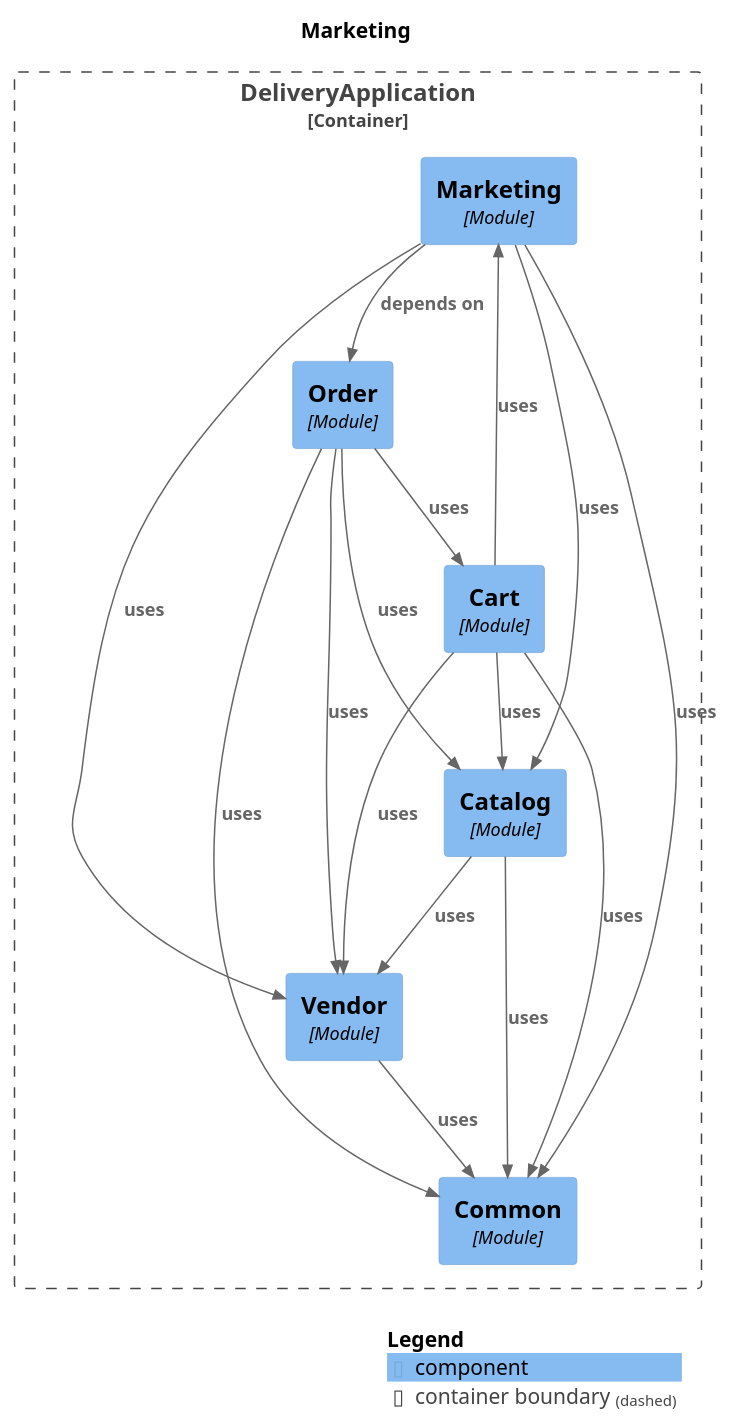
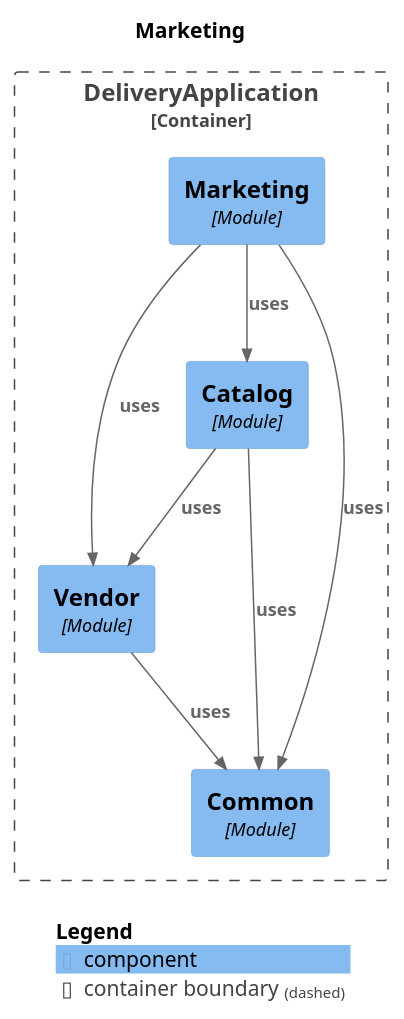
Before and after one commit to fxavier/pede-aqui: the diagram in docs/architecture/modules/module-marketing.puml, drawn with PlantUML. The commit also changed 22 other files, not shown here.

```diff
--- a/docs/architecture/modules/module-marketing.puml
+++ b/docs/architecture/modules/module-marketing.puml
@@ -1,37 +1,26 @@
 @startuml
 set separator none
 title Marketing
 
 top to bottom direction
 
 !include <C4/C4>
 !include <C4/C4_Context>
 !include <C4/C4_Component>
 
 Container_Boundary("DeliveryApplication.DeliveryApplication_boundary", "DeliveryApplication", $tags="") {
   Component(DeliveryApplication.DeliveryApplication.Marketing, "Marketing", $techn="Module", $descr="", $tags="", $link="")
-  Component(DeliveryApplication.DeliveryApplication.Order, "Order", $techn="Module", $descr="", $tags="", $link="")
   Component(DeliveryApplication.DeliveryApplication.Vendor, "Vendor", $techn="Module", $descr="", $tags="", $link="")
-  Component(DeliveryApplication.DeliveryApplication.Cart, "Cart", $techn="Module", $descr="", $tags="", $link="")
   Component(DeliveryApplication.DeliveryApplication.Catalog, "Catalog", $techn="Module", $descr="", $tags="", $link="")
   Component(DeliveryApplication.DeliveryApplication.Common, "Common", $techn="Module", $descr="", $tags="", $link="")
 }
 
-Rel(DeliveryApplication.DeliveryApplication.Cart, DeliveryApplication.DeliveryApplication.Common, "uses", $techn="", $tags="", $link="")
-Rel(DeliveryApplication.DeliveryApplication.Cart, DeliveryApplication.DeliveryApplication.Marketing, "uses", $techn="", $tags="", $link="")
-Rel(DeliveryApplication.DeliveryApplication.Cart, DeliveryApplication.DeliveryApplication.Catalog, "uses", $techn="", $tags="", $link="")
-Rel(DeliveryApplication.DeliveryApplication.Cart, DeliveryApplication.DeliveryApplication.Vendor, "uses", $techn="", $tags="", $link="")
-Rel(DeliveryApplication.DeliveryApplication.Order, DeliveryApplication.DeliveryApplication.Common, "uses", $techn="", $tags="", $link="")
-Rel(DeliveryApplication.DeliveryApplication.Order, DeliveryApplication.DeliveryApplication.Cart, "uses", $techn="", $tags="", $link="")
-Rel(DeliveryApplication.DeliveryApplication.Order, DeliveryApplication.DeliveryApplication.Vendor, "uses", $techn="", $tags="", $link="")
-Rel(DeliveryApplication.DeliveryApplication.Order, DeliveryApplication.DeliveryApplication.Catalog, "uses", $techn="", $tags="", $link="")
 Rel(DeliveryApplication.DeliveryApplication.Catalog, DeliveryApplication.DeliveryApplication.Vendor, "uses", $techn="", $tags="", $link="")
 Rel(DeliveryApplication.DeliveryApplication.Catalog, DeliveryApplication.DeliveryApplication.Common, "uses", $techn="", $tags="", $link="")
-Rel(DeliveryApplication.DeliveryApplication.Marketing, DeliveryApplication.DeliveryApplication.Order, "depends on", $techn="", $tags="", $link="")
+Rel(DeliveryApplication.DeliveryApplication.Vendor, DeliveryApplication.DeliveryApplication.Common, "uses", $techn="", $tags="", $link="")
 Rel(DeliveryApplication.DeliveryApplication.Marketing, DeliveryApplication.DeliveryApplication.Common, "uses", $techn="", $tags="", $link="")
 Rel(DeliveryApplication.DeliveryApplication.Marketing, DeliveryApplication.DeliveryApplication.Catalog, "uses", $techn="", $tags="", $link="")
 Rel(DeliveryApplication.DeliveryApplication.Marketing, DeliveryApplication.DeliveryApplication.Vendor, "uses", $techn="", $tags="", $link="")
-Rel(DeliveryApplication.DeliveryApplication.Vendor, DeliveryApplication.DeliveryApplication.Common, "uses", $techn="", $tags="", $link="")
 
 SHOW_LEGEND(true)
 @enduml
```
